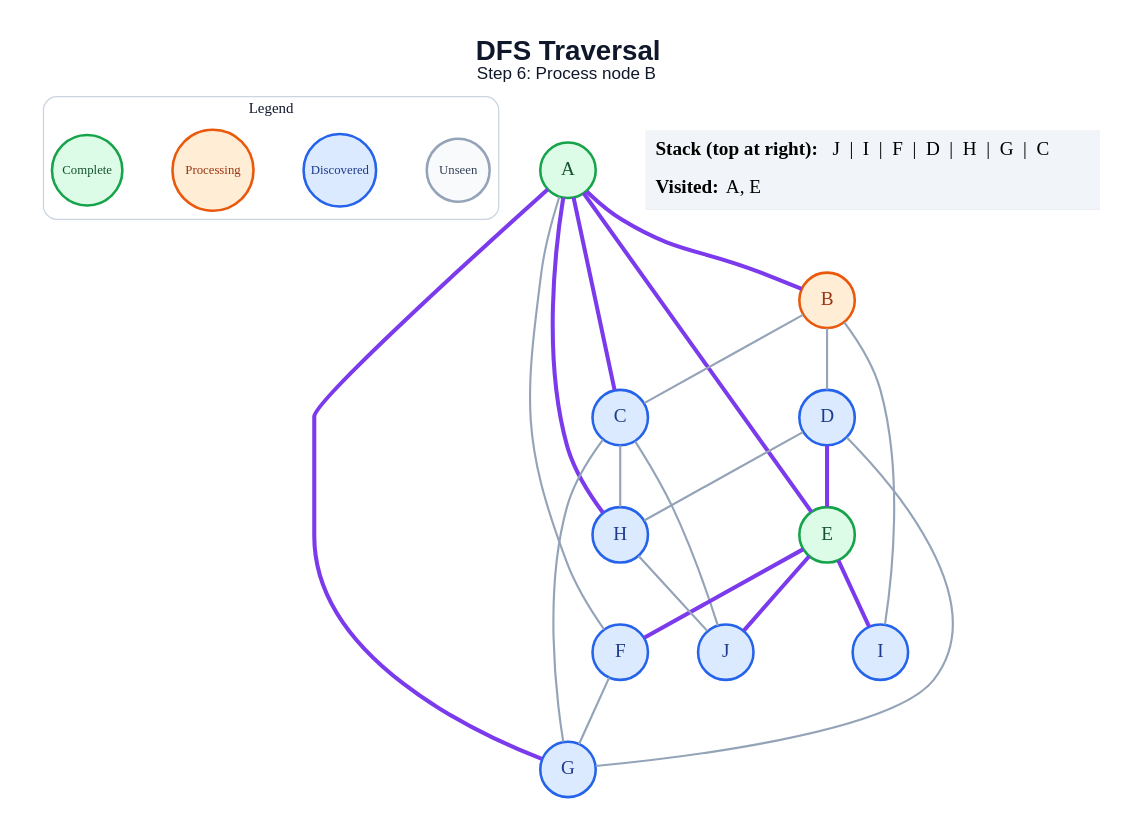
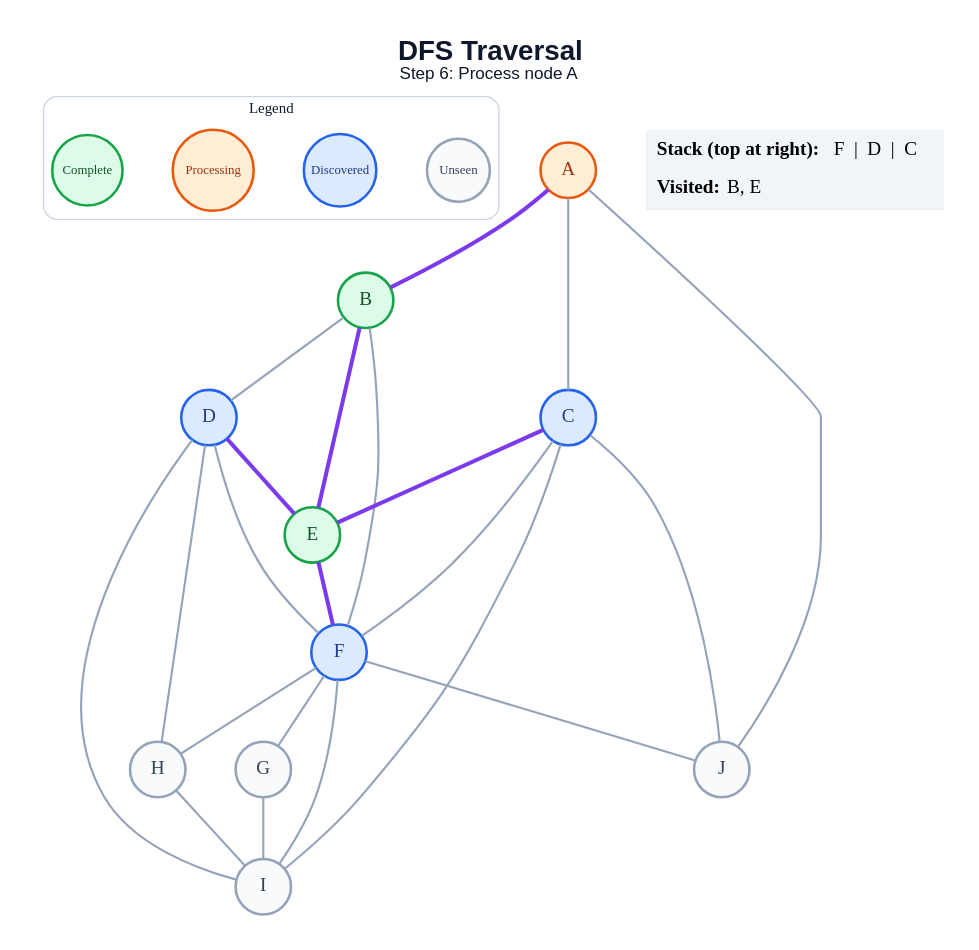
Before and after one commit to amanghodawala9/ai-slop: the diagram in generated/specific-node/dfs/step_06.dot, drawn with Graphviz. The commit also changed 178 other files, not shown here.

```diff
--- a/generated/specific-node/dfs/step_06.dot
+++ b/generated/specific-node/dfs/step_06.dot
@@ -1,49 +1,50 @@
 graph traversal {
   graph [layout=dot, rankdir=TB, bgcolor="#FFFFFF", pad="0.35", nodesep="0.65", ranksep="0.8", fontname="Arial"];
   node [shape=circle, style="filled", fontname="Arial Bold", fontsize=18, width=0.72, fixedsize=true, penwidth=2.4];
   edge [color="#94A3B8", penwidth=2.0];
-  label=<<B>DFS Traversal</B><BR/><FONT POINT-SIZE="16">Step 6: Process node B</FONT>>; labelloc="t"; fontsize=26; fontname="Arial"; fontcolor="#0F172A";
+  label=<<B>DFS Traversal</B><BR/><FONT POINT-SIZE="16">Step 6: Process node A</FONT>>; labelloc="t"; fontsize=26; fontname="Arial"; fontcolor="#0F172A";
   subgraph cluster_legend { label="Legend"; color="#CBD5E1"; penwidth=1.2; style="rounded"; fontsize=14; fontname="Arial Bold";
     key_unseen [label="Unseen", fillcolor="#F8FAFC", color="#94A3B8", fontcolor="#334155", fontsize=12, width=0.82];
     key_frontier [label="Discovered", fillcolor="#DBEAFE", color="#2563EB", fontcolor="#1E3A8A", fontsize=12, width=0.95];
     key_current [label="Processing", fillcolor="#FFEDD5", color="#EA580C", fontcolor="#9A3412", fontsize=12, width=1.05];
     key_done [label="Complete", fillcolor="#DCFCE7", color="#16A34A", fontcolor="#14532D", fontsize=12, width=0.92];
     { rank=same; key_unseen; key_frontier; key_current; key_done; }
   }
-  A [fillcolor="#DCFCE7", color="#16A34A", fontcolor="#14532D"];
-  B [fillcolor="#FFEDD5", color="#EA580C", fontcolor="#9A3412"];
+  A [fillcolor="#FFEDD5", color="#EA580C", fontcolor="#9A3412"];
+  B [fillcolor="#DCFCE7", color="#16A34A", fontcolor="#14532D"];
   C [fillcolor="#DBEAFE", color="#2563EB", fontcolor="#1E3A8A"];
   D [fillcolor="#DBEAFE", color="#2563EB", fontcolor="#1E3A8A"];
   E [fillcolor="#DCFCE7", color="#16A34A", fontcolor="#14532D"];
   F [fillcolor="#DBEAFE", color="#2563EB", fontcolor="#1E3A8A"];
-  G [fillcolor="#DBEAFE", color="#2563EB", fontcolor="#1E3A8A"];
-  H [fillcolor="#DBEAFE", color="#2563EB", fontcolor="#1E3A8A"];
-  I [fillcolor="#DBEAFE", color="#2563EB", fontcolor="#1E3A8A"];
-  J [fillcolor="#DBEAFE", color="#2563EB", fontcolor="#1E3A8A"];
+  G [fillcolor="#F8FAFC", color="#94A3B8", fontcolor="#334155"];
+  H [fillcolor="#F8FAFC", color="#94A3B8", fontcolor="#334155"];
+  I [fillcolor="#F8FAFC", color="#94A3B8", fontcolor="#334155"];
+  J [fillcolor="#F8FAFC", color="#94A3B8", fontcolor="#334155"];
   A -- B [color="#7C3AED", penwidth=3.8];
-  A -- C [color="#7C3AED", penwidth=3.8];
-  A -- E [color="#7C3AED", penwidth=3.8];
-  A -- F;
-  A -- G [color="#7C3AED", penwidth=3.8];
-  A -- H [color="#7C3AED", penwidth=3.8];
-  B -- C;
+  A -- C;
+  A -- J;
   B -- D;
-  B -- I;
-  C -- G;
-  C -- H;
+  B -- E [color="#7C3AED", penwidth=3.8];
+  B -- F;
+  C -- E [color="#7C3AED", penwidth=3.8];
+  C -- F;
+  C -- I;
   C -- J;
   D -- E [color="#7C3AED", penwidth=3.8];
-  D -- G;
+  D -- F;
   D -- H;
+  D -- I;
   E -- F [color="#7C3AED", penwidth=3.8];
-  E -- I [color="#7C3AED", penwidth=3.8];
-  E -- J [color="#7C3AED", penwidth=3.8];
   F -- G;
-  H -- J;
+  F -- H;
+  F -- I;
+  F -- J;
+  G -- I;
+  H -- I;
   status [shape=plain, fixedsize=false, width=0, height=0, margin=0, label=<
     <TABLE BORDER="0" CELLBORDER="0" CELLPADDING="7" BGCOLOR="#F1F5F9">
-      <TR><TD ALIGN="LEFT"><B>Stack (top at right):</B> J  |  I  |  F  |  D  |  H  |  G  |  C</TD></TR>
-      <TR><TD ALIGN="LEFT"><B>Visited:</B> A, E</TD></TR>
+      <TR><TD ALIGN="LEFT"><B>Stack (top at right):</B> F  |  D  |  C</TD></TR>
+      <TR><TD ALIGN="LEFT"><B>Visited:</B> B, E</TD></TR>
     </TABLE>
   >];
 }
```
